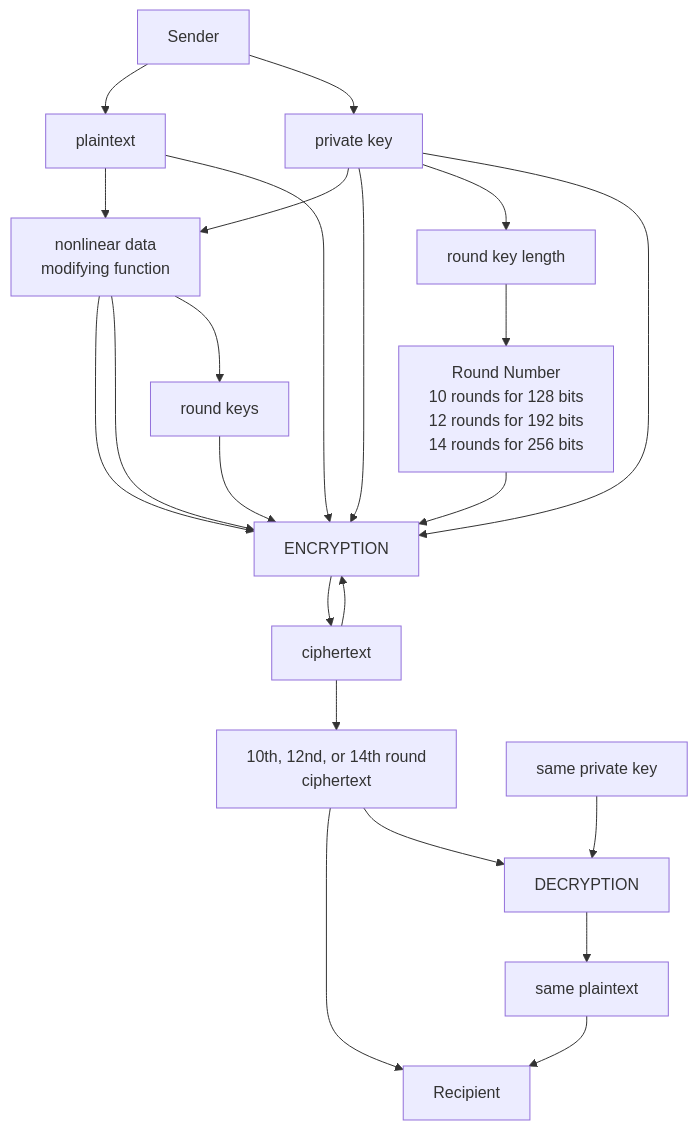
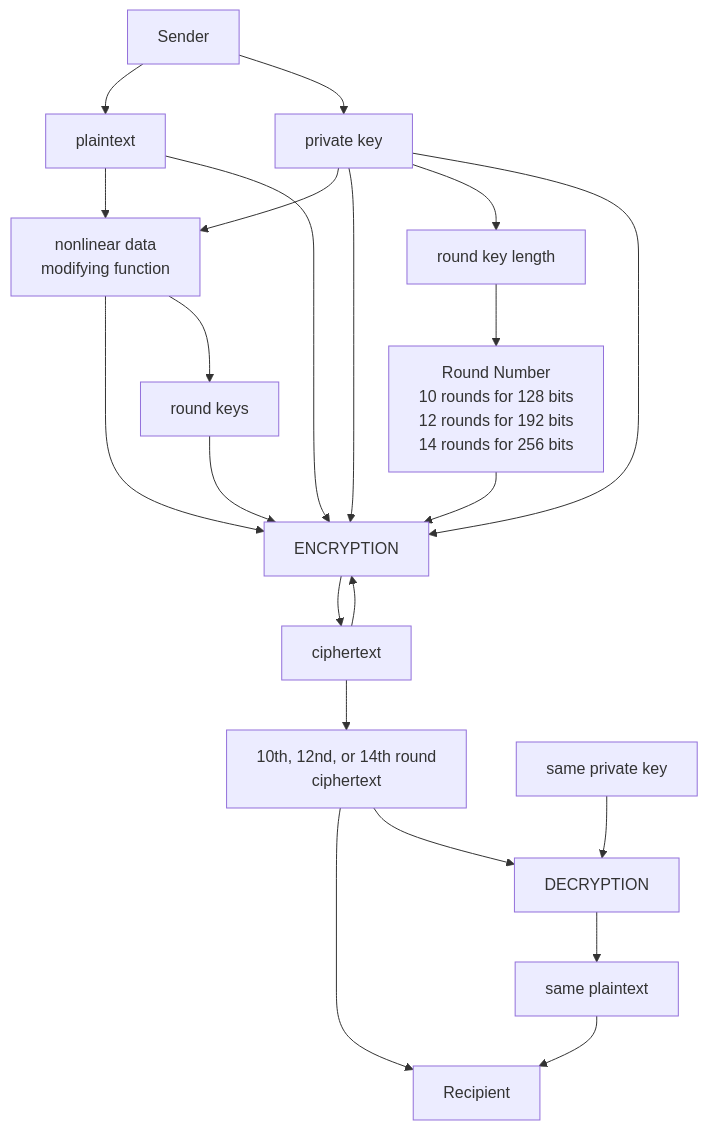
Before and after one commit to Kietpawpan/encryption: the diagram in README.md, drawn with Mermaid.

````diff
--- a/README.md
+++ b/README.md
@@ -5,15 +5,15 @@
 ```mermaid
 flowchart TD
     A[Sender] --> B[plaintext]-->FC
     C[private key]-->FC-->D[ENCRYPTION]-->E[ciphertext]-->D
     E-->FN[10th, 12nd, or 14th round\nciphertext]-->F[Recipient]
     C2[same private key]-->G[DECRYPTION]-->I[same plaintext]-->F
      FN-->G
 A-->C-->D
 RK[round keys]-->D
 C-->RKL[round key length]-->RN[Round Number\n10 rounds for 128 bits\n12 rounds for 192 bits\n14 rounds for 256 bits]-->D
-FC[nonlinear data \nmodifying function]-->D
+FC[nonlinear data \nmodifying function]
 FC-->RK
 B-->D
 C-->D
 ```
````
